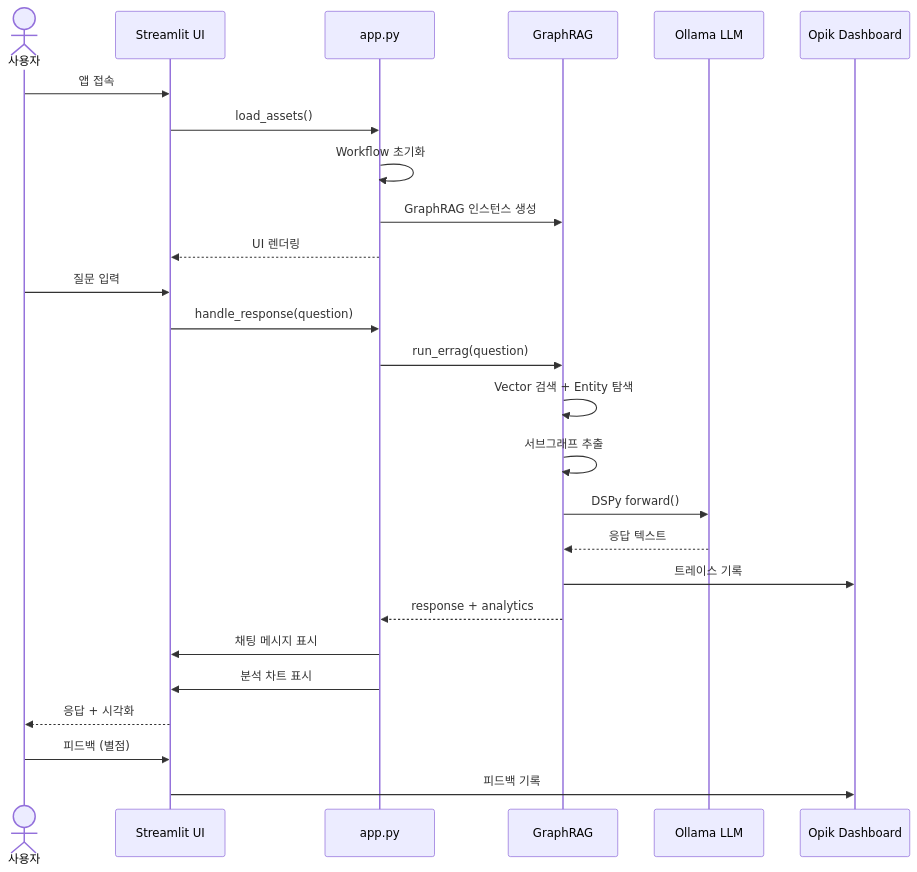
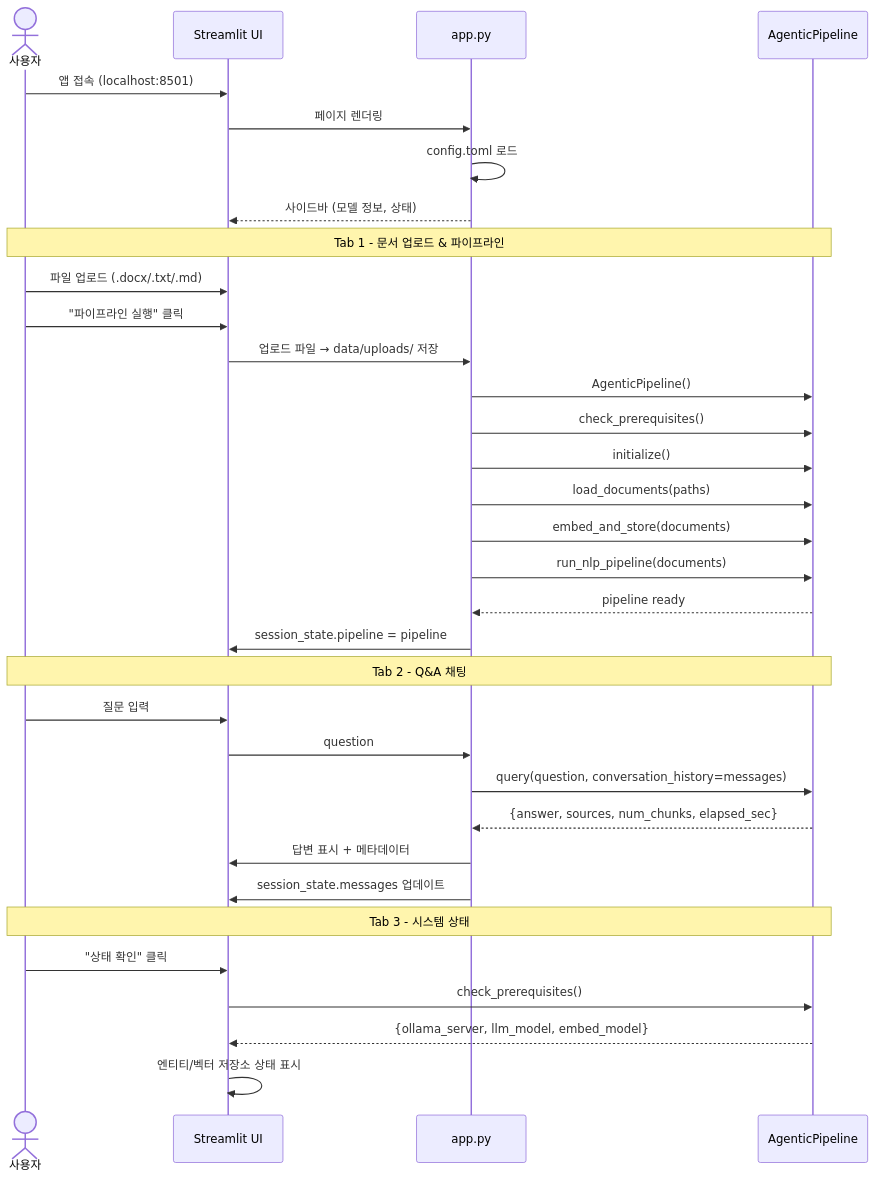
Before and after one commit to laurus-kpa007/GraphRAG-Senzing: the seventh of 10 diagrams in docs/02_block_and_sequence_diagrams.md, drawn with Mermaid. The commit also changed other lines of this file and 4 other files, not shown here.

````diff
--- a/docs/02_block_and_sequence_diagrams.md
+++ b/docs/02_block_and_sequence_diagrams.md
@@ -379,34 +314,40 @@
 ```mermaid
 sequenceDiagram
     actor User as 사용자
     participant ST as Streamlit UI
     participant App as app.py
-    participant GRAG as GraphRAG
-    participant LLM as Ollama LLM
-    participant Opik as Opik Dashboard
+    participant AP as AgenticPipeline
 
-    User->>ST: 앱 접속
-    ST->>App: load_assets()
-    App->>App: Workflow 초기화
-    App->>GRAG: GraphRAG 인스턴스 생성
-    App-->>ST: UI 렌더링
+    User->>ST: 앱 접속 (localhost:8501)
+    ST->>App: 페이지 렌더링
+    App->>App: config.toml 로드
+    App-->>ST: 사이드바 (모델 정보, 상태)
 
+    Note over User,AP: Tab 1 - 문서 업로드 & 파이프라인
+    User->>ST: 파일 업로드 (.docx/.txt/.md)
+    User->>ST: "파이프라인 실행" 클릭
+    ST->>App: 업로드 파일 → data/uploads/ 저장
+
+    App->>AP: AgenticPipeline()
+    App->>AP: check_prerequisites()
+    App->>AP: initialize()
+    App->>AP: load_documents(paths)
+    App->>AP: embed_and_store(documents)
+    App->>AP: run_nlp_pipeline(documents)
+    AP-->>App: pipeline ready
+    App->>ST: session_state.pipeline = pipeline
+
+    Note over User,AP: Tab 2 - Q&A 채팅
     User->>ST: 질문 입력
-    ST->>App: handle_response(question)
-    App->>GRAG: run_errag(question)
+    ST->>App: question
+    App->>AP: query(question, conversation_history=messages)
+    AP-->>App: {answer, sources, num_chunks, elapsed_sec}
+    App->>ST: 답변 표시 + 메타데이터
+    App->>ST: session_state.messages 업데이트
 
-    GRAG->>GRAG: Vector 검색 + Entity 탐색
-    GRAG->>GRAG: 서브그래프 추출
-    GRAG->>LLM: DSPy forward()
-    LLM-->>GRAG: 응답 텍스트
-
-    GRAG->>Opik: 트레이스 기록
-    GRAG-->>App: response + analytics
-
-    App->>ST: 채팅 메시지 표시
-    App->>ST: 분석 차트 표시
-    ST-->>User: 응답 + 시각화
-
-    User->>ST: 피드백 (별점)
-    ST->>Opik: 피드백 기록
+    Note over User,AP: Tab 3 - 시스템 상태
+    User->>ST: "상태 확인" 클릭
+    ST->>AP: check_prerequisites()
+    AP-->>ST: {ollama_server, llm_model, embed_model}
+    ST->>ST: 엔티티/벡터 저장소 상태 표시
 ```
````
